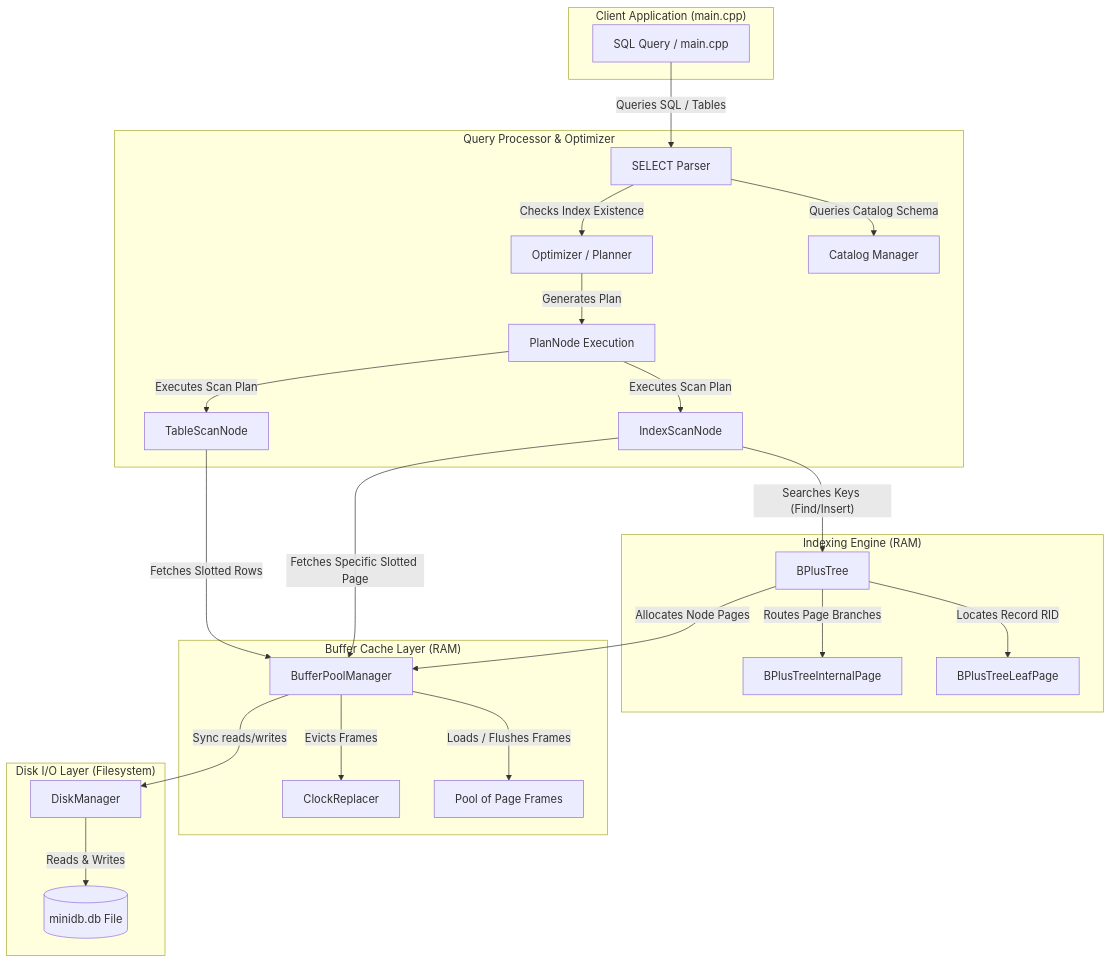
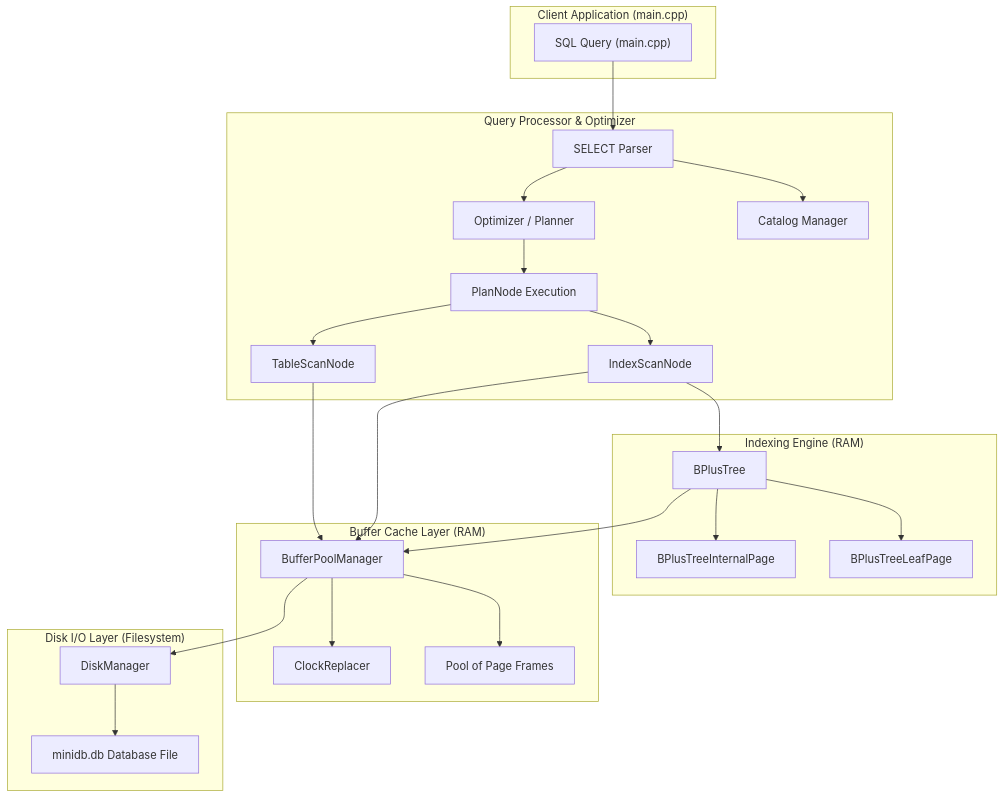
One commit to KnightKnight27/scaler-Adv-DBMS changed the diagram in MiniDB_Projects/Team_NoClarity/docs/milestones_tracker.md. Above: the diagram before and after it, drawn with Mermaid. The commit also changed other lines of this file, not shown here.

Commit message:
docs: detail B+ Tree page key-value storage layout, complete M1 component details/verification logs, and fix Mermaid diagram

````diff
--- a/MiniDB_Projects/Team_NoClarity/docs/milestones_tracker.md
+++ b/MiniDB_Projects/Team_NoClarity/docs/milestones_tracker.md
@@ -40,52 +40,52 @@
 ```mermaid
 graph TD
     subgraph Client_App ["Client Application (main.cpp)"]
-        App[SQL Query / main.cpp]
+        App["SQL Query (main.cpp)"]
     end
 
     subgraph Query_Processor ["Query Processor & Optimizer"]
-        Parser[SELECT Parser]
-        Opt[Optimizer / Planner]
-        Cat[Catalog Manager]
-        Plan[PlanNode Execution]
-        TS[TableScanNode]
-        IS[IndexScanNode]
+        Parser["SELECT Parser"]
+        Opt["Optimizer / Planner"]
+        Cat["Catalog Manager"]
+        Plan["PlanNode Execution"]
+        TS["TableScanNode"]
+        IS["IndexScanNode"]
     end
 
     subgraph Indexing_Engine ["Indexing Engine (RAM)"]
-        BPT[BPlusTree]
-        Internal[BPlusTreeInternalPage]
-        Leaf[BPlusTreeLeafPage]
+        BPT["BPlusTree"]
+        Internal["BPlusTreeInternalPage"]
+        Leaf["BPlusTreeLeafPage"]
     end
 
     subgraph Buffer_Cache_Layer ["Buffer Cache Layer (RAM)"]
-        BPM[BufferPoolManager]
-        CR[ClockReplacer]
-        Frames[Pool of Page Frames]
+        BPM["BufferPoolManager"]
+        CR["ClockReplacer"]
+        Frames["Pool of Page Frames"]
     end
 
     subgraph Disk_IO_Layer ["Disk I/O Layer (Filesystem)"]
-        DM[DiskManager]
-        DBFile[("minidb.db File")]
+        DM["DiskManager"]
+        DBFile["minidb.db Database File"]
     end
 
-    App -->|"Queries SQL / Tables"| Parser
-    Parser -->|"Queries Catalog Schema"| Cat
-    Parser -->|"Checks Index Existence"| Opt
-    Opt -->|"Generates Plan"| Plan
-    Plan -->|"Executes Scan Plan"| TS
-    Plan -->|"Executes Scan Plan"| IS
+    App --> Parser
+    Parser --> Cat
+    Parser --> Opt
+    Opt --> Plan
+    Plan --> TS
+    Plan --> IS
     
-    IS -->|"Searches Keys (Find/Insert)"| BPT
-    BPT -->|"Routes Page Branches"| Internal
-    BPT -->|"Locates Record RID"| Leaf
+    IS --> BPT
+    BPT --> Internal
+    BPT --> Leaf
     
-    TS -->|"Fetches Slotted Rows"| BPM
-    IS -->|"Fetches Specific Slotted Page"| BPM
+    TS --> BPM
+    IS --> BPM
     
-    BPT -->|"Allocates Node Pages"| BPM
-    BPM -->|"Evicts Frames"| CR
-    BPM -->|"Loads / Flushes Frames"| Frames
-    BPM -->|"Sync reads/writes"| DM
-    DM -->|"Reads & Writes"| DBFile
+    BPT --> BPM
+    BPM --> CR
+    BPM --> Frames
+    BPM --> DM
+    DM --> DBFile
 ```
````
